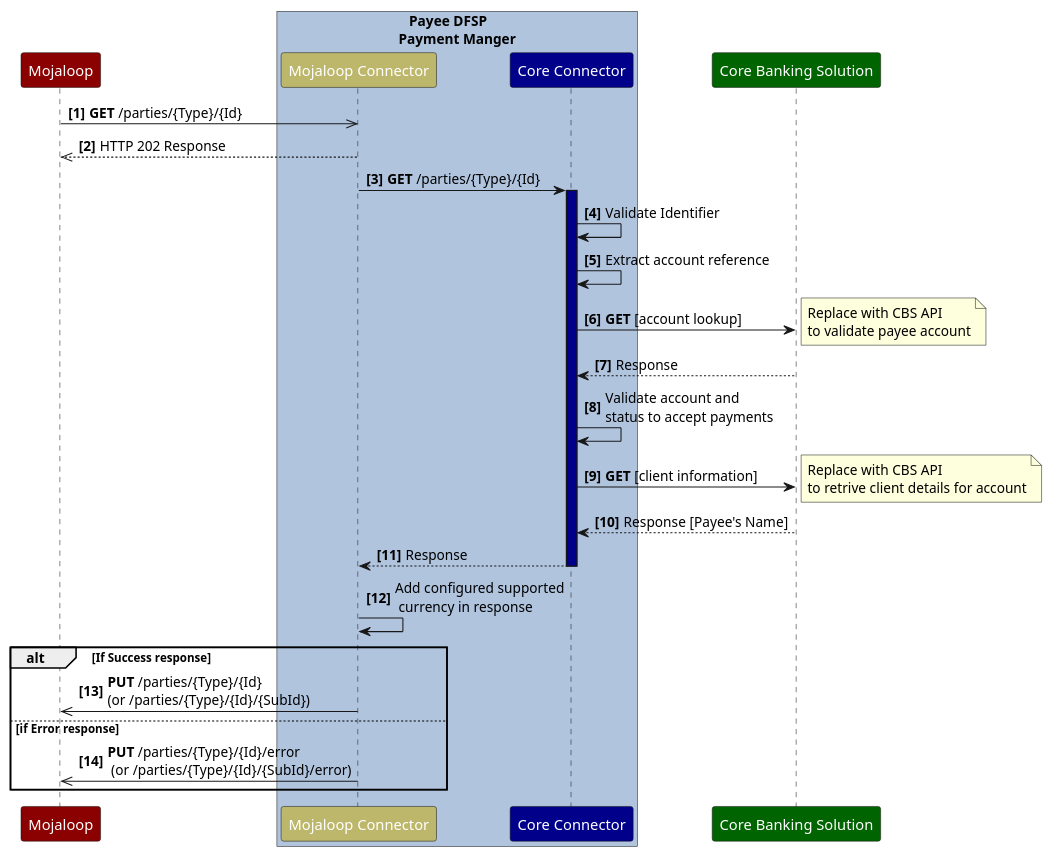
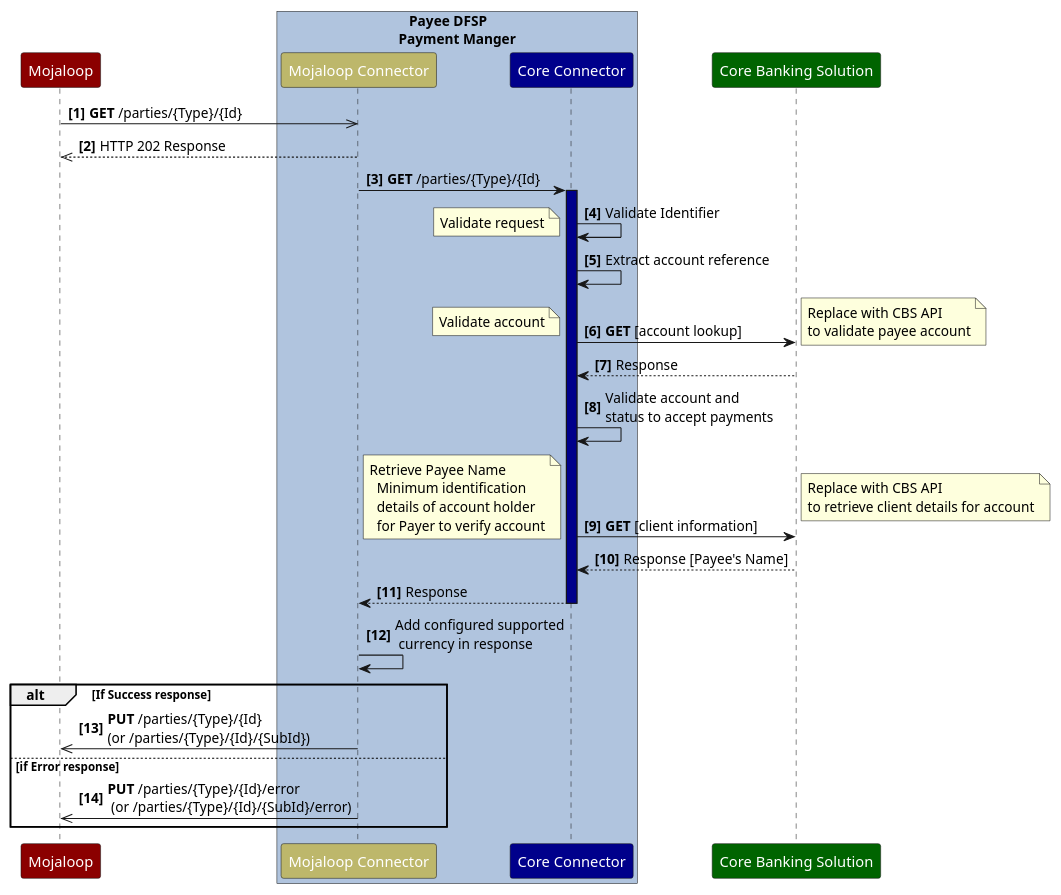
Before and after one commit to infitx-org/participation-tool-docs: the diagram in DesignSequenceDiagrams/PayeeDFSPDiscoveryPattern.PlantUML, drawn with PlantUML. The commit also changed 29 other files, not shown here.

```diff
--- a/DesignSequenceDiagrams/PayeeDFSPDiscoveryPattern.PlantUML
+++ b/DesignSequenceDiagrams/PayeeDFSPDiscoveryPattern.PlantUML
@@ -1,51 +1,63 @@
 @startuml PayeeDFSPDiscoveryPattern
 /'*****
 --------------
 ******'/
 
 ' declare title
 ' title PayeeDFSPDiscoveryPattern
 ' declare actors
 skinparam participant {
   FontColor white
 }
 participant "Mojaloop" as Switch #DarkRed
 box "   Payee DFSP\nPayment Manger" #LightSteelBlue
   participant "Mojaloop Connector" as MC #DarkKhaki
   participant "Core Connector" as CC  #DarkBlue
 end box
 participant "Core Banking Solution" as CBS #DarkGreen
 
 autonumber 1 1 "<b>[0]"
 
 
 Switch->>MC: **GET** /parties/{Type}/{Id}
 MC-->>Switch: HTTP 202 Response
 MC->CC: **GET** /parties/{Type}/{Id}
 activate CC #DarkBlue
 CC->CC: Validate Identifier
+note left
+ Validate request
+end note
 CC->CC: Extract account reference
 CC->CBS: **GET** [account lookup]
+note left
+ Validate account
+end note
 note right 
   Replace with CBS API
   to validate payee account
 end note
 CBS-->CC: Response
 CC->CC: Validate account and \nstatus to accept payments
 CC->CBS: **GET** [client information] 
+note left
+ Retrieve Payee Name
+   Minimum identification 
+   details of account holder
+   for Payer to verify account
+end note
 note right 
   Replace with CBS API
-  to retrive client details for account
+  to retrieve client details for account
 end note
 CBS-->CC: Response [Payee's Name]
 CC-->MC: Response
 deactivate CC
 MC->MC: Add configured supported\n currency in response
 alt If Success response
 MC->>Switch: **PUT** /parties/{Type}/{Id} \n(or /parties/{Type}/{Id}/{SubId})
 else if Error response
 MC->>Switch: **PUT** /parties/{Type}/{Id}/error\n (or /parties/{Type}/{Id}/{SubId}/error)
 end
 
 
 @enduml
```
